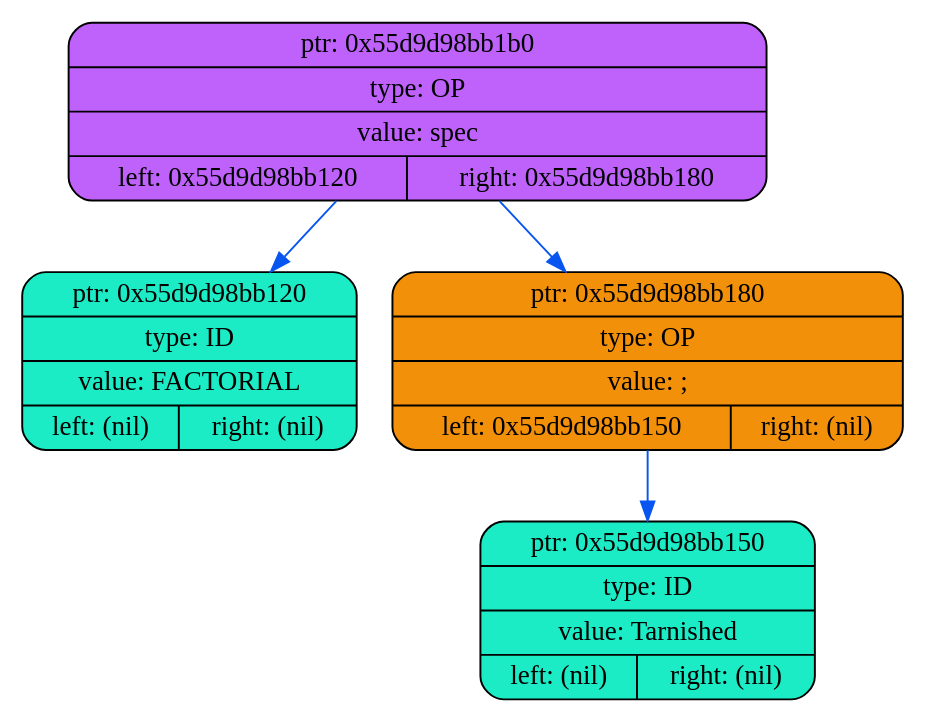
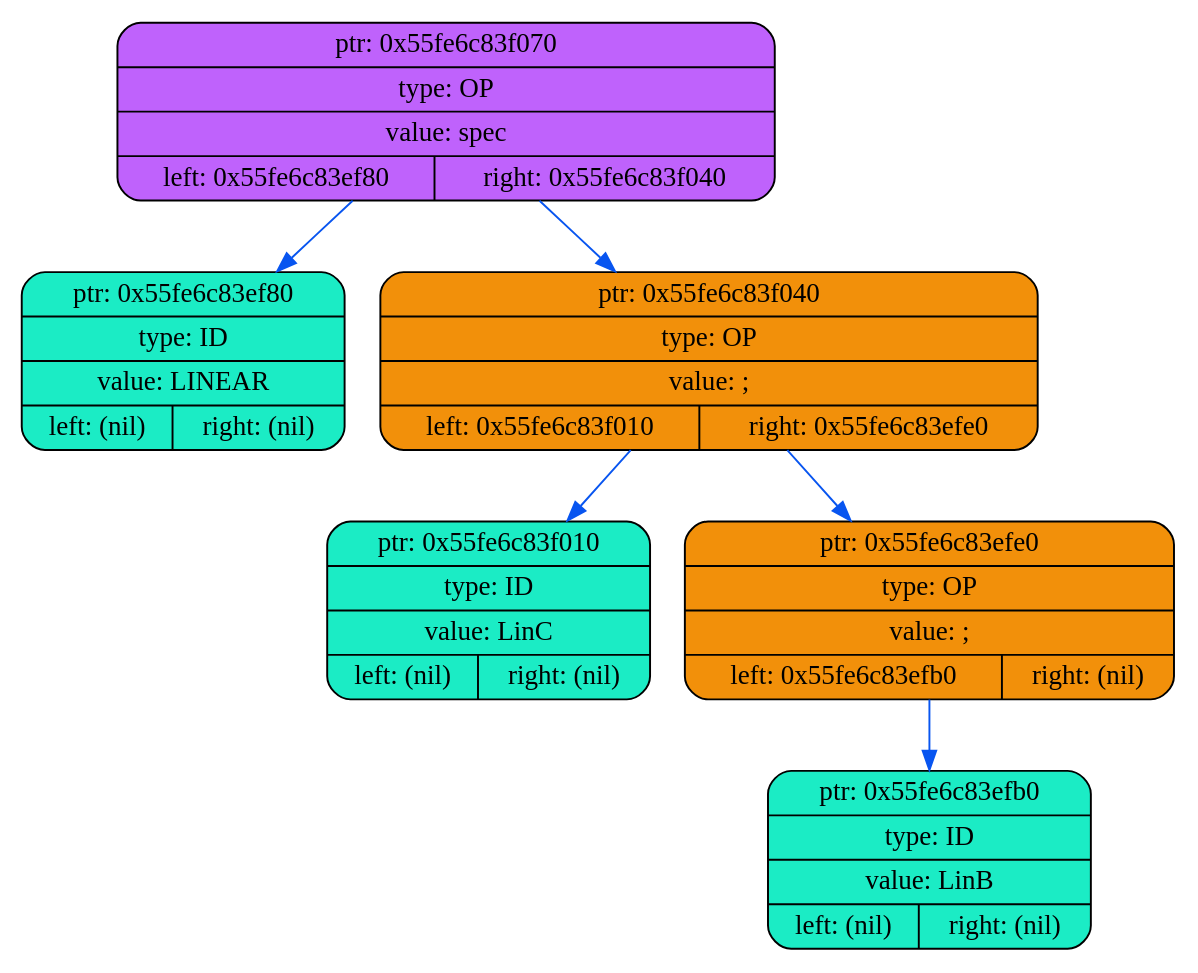
Before and after one commit to coffee8cat/Elden-language: the diagram in frontend/dumpdump1.dot, drawn with Graphviz. The commit also changed 13 other files, not shown here.

```diff
--- a/frontend/dumpdump1.dot
+++ b/frontend/dumpdump1.dot
@@ -1,12 +1,16 @@
 digraph
 {
     rankdir=TP
 
-        node0x55d9d98bb1b0[shape=record,style="rounded,filled",fillcolor="#BF62FC",label="{ ptr: 0x55d9d98bb1b0 | type: OP | value: spec| { left: 0x55d9d98bb120 | right: 0x55d9d98bb180 }}"];
-    node0x55d9d98bb1b0 -> node0x55d9d98bb120[color="#0855F0"]
-    node0x55d9d98bb120[shape=record,style="rounded,filled",fillcolor="#1BECC5",label="{ ptr: 0x55d9d98bb120 | type: ID | value: FACTORIAL| { left: (nil) | right: (nil) }}"];
-    node0x55d9d98bb1b0 -> node0x55d9d98bb180[color="#0855F0"]
-    node0x55d9d98bb180[shape=record,style="rounded,filled",fillcolor="#F2900A",label="{ ptr: 0x55d9d98bb180 | type: OP | value: ;| { left: 0x55d9d98bb150 | right: (nil) }}"];
-    node0x55d9d98bb180 -> node0x55d9d98bb150[color="#0855F0"]
-    node0x55d9d98bb150[shape=record,style="rounded,filled",fillcolor="#1BECC5",label="{ ptr: 0x55d9d98bb150 | type: ID | value: Tarnished| { left: (nil) | right: (nil) }}"];
+        node0x55fe6c83f070[shape=record,style="rounded,filled",fillcolor="#BF62FC",label="{ ptr: 0x55fe6c83f070 | type: OP | value: spec| { left: 0x55fe6c83ef80 | right: 0x55fe6c83f040 }}"];
+    node0x55fe6c83f070 -> node0x55fe6c83ef80[color="#0855F0"]
+    node0x55fe6c83ef80[shape=record,style="rounded,filled",fillcolor="#1BECC5",label="{ ptr: 0x55fe6c83ef80 | type: ID | value: LINEAR| { left: (nil) | right: (nil) }}"];
+    node0x55fe6c83f070 -> node0x55fe6c83f040[color="#0855F0"]
+    node0x55fe6c83f040[shape=record,style="rounded,filled",fillcolor="#F2900A",label="{ ptr: 0x55fe6c83f040 | type: OP | value: ;| { left: 0x55fe6c83f010 | right: 0x55fe6c83efe0 }}"];
+    node0x55fe6c83f040 -> node0x55fe6c83f010[color="#0855F0"]
+    node0x55fe6c83f010[shape=record,style="rounded,filled",fillcolor="#1BECC5",label="{ ptr: 0x55fe6c83f010 | type: ID | value: LinC| { left: (nil) | right: (nil) }}"];
+    node0x55fe6c83f040 -> node0x55fe6c83efe0[color="#0855F0"]
+    node0x55fe6c83efe0[shape=record,style="rounded,filled",fillcolor="#F2900A",label="{ ptr: 0x55fe6c83efe0 | type: OP | value: ;| { left: 0x55fe6c83efb0 | right: (nil) }}"];
+    node0x55fe6c83efe0 -> node0x55fe6c83efb0[color="#0855F0"]
+    node0x55fe6c83efb0[shape=record,style="rounded,filled",fillcolor="#1BECC5",label="{ ptr: 0x55fe6c83efb0 | type: ID | value: LinB| { left: (nil) | right: (nil) }}"];
 }
```
